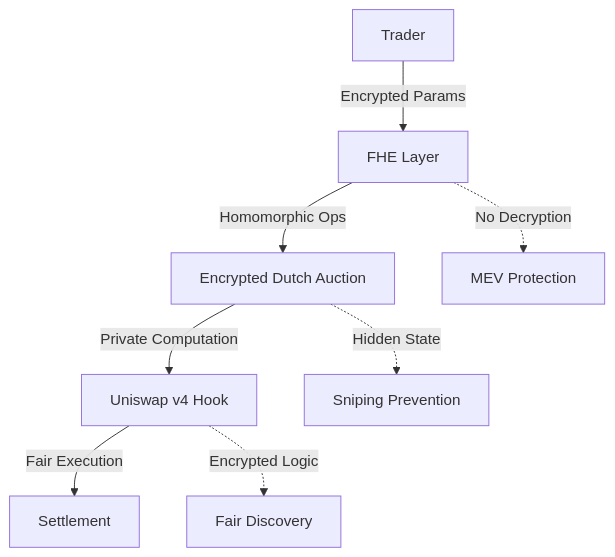
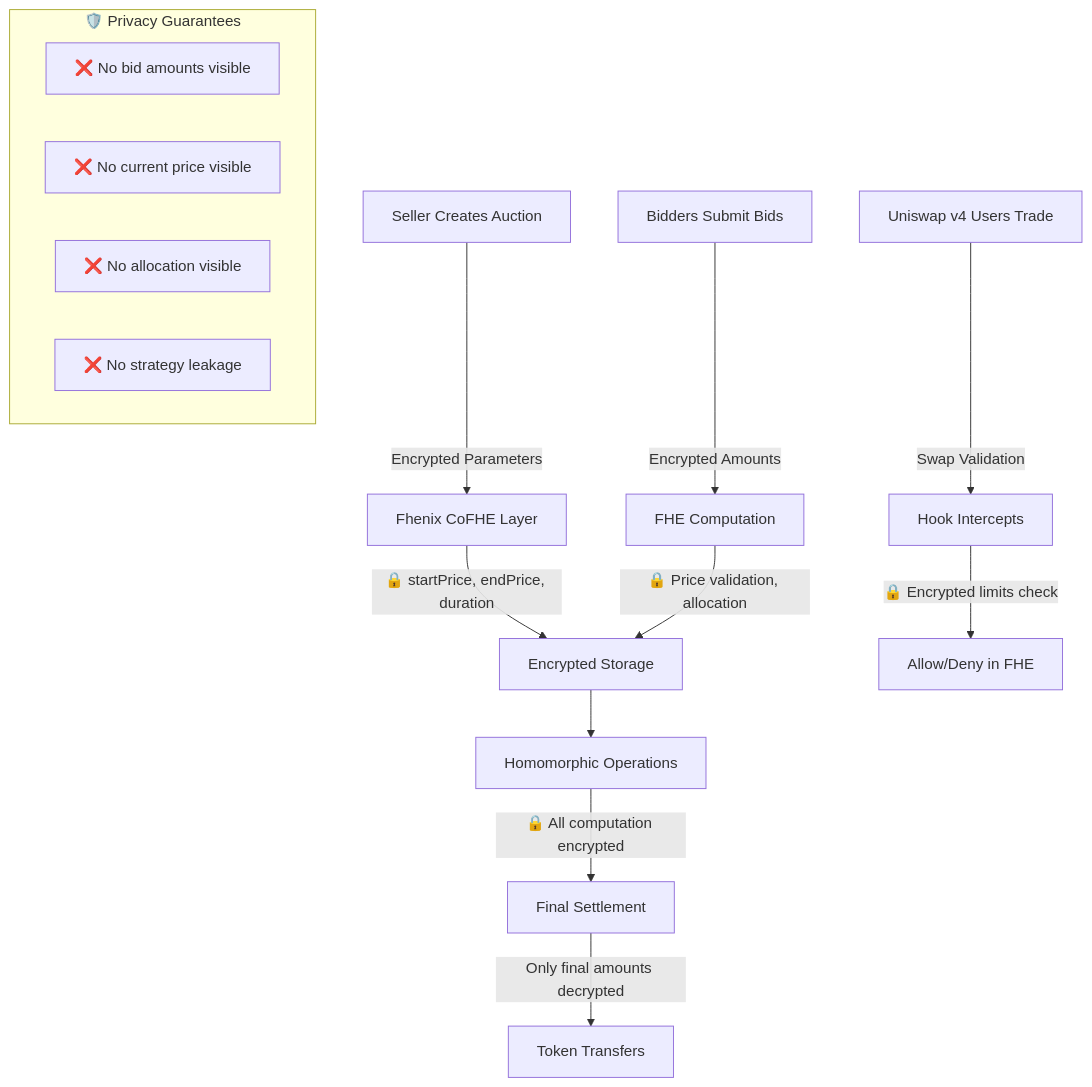
The first of 5 diagrams in README.md (Najnomics/StealthAuction), drawn with Mermaid before and after one commit. The commit also changed other lines of this file and 9 other files, not shown here.

````diff
--- a/README.md
+++ b/README.md
@@ -34,11 +35,22 @@
 ```mermaid
 graph TB
-    A[Trader] -->|Encrypted Params| B[FHE Layer]
-    B -->|Homomorphic Ops| C[Encrypted Dutch Auction]
-    C -->|Private Computation| D[Uniswap v4 Hook]
-    D -->|Fair Execution| E[Settlement]
+    A[Seller Creates Auction] -->|Encrypted Parameters| B[Fhenix CoFHE Layer]
+    B -->|🔒 startPrice, endPrice, duration| C[Encrypted Storage]
     
-    B -.->|No Decryption| F[MEV Protection]
-    C -.->|Hidden State| G[Sniping Prevention]
-    D -.->|Encrypted Logic| H[Fair Discovery]
+    D[Bidders Submit Bids] -->|Encrypted Amounts| E[FHE Computation]
+    E -->|🔒 Price validation, allocation| C
+    
+    F[Uniswap v4 Users Trade] -->|Swap Validation| G[Hook Intercepts]
+    G -->|🔒 Encrypted limits check| H[Allow/Deny in FHE]
+    
+    C --> I[Homomorphic Operations]
+    I -->|🔒 All computation encrypted| J[Final Settlement]
+    J -->|Only final amounts decrypted| K[Token Transfers]
+    
+    subgraph "🛡️ Privacy Guarantees"
+        L[❌ No bid amounts visible]
+        M[❌ No current price visible] 
+        N[❌ No allocation visible]
+        O[❌ No strategy leakage]
+    end
 ```
````
